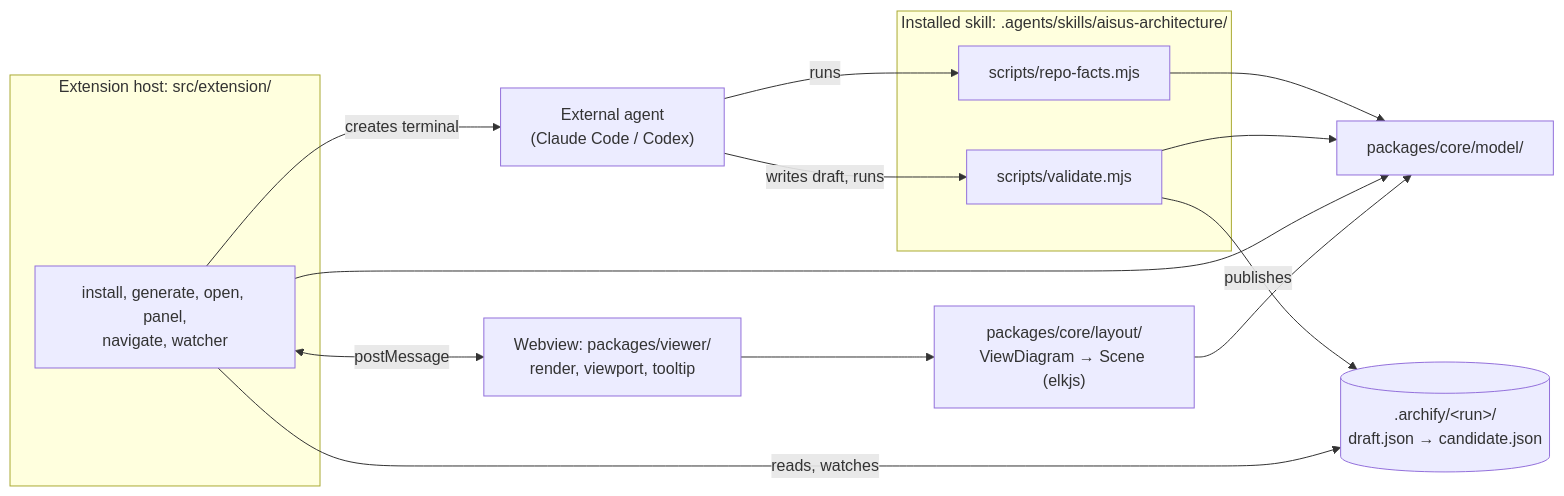
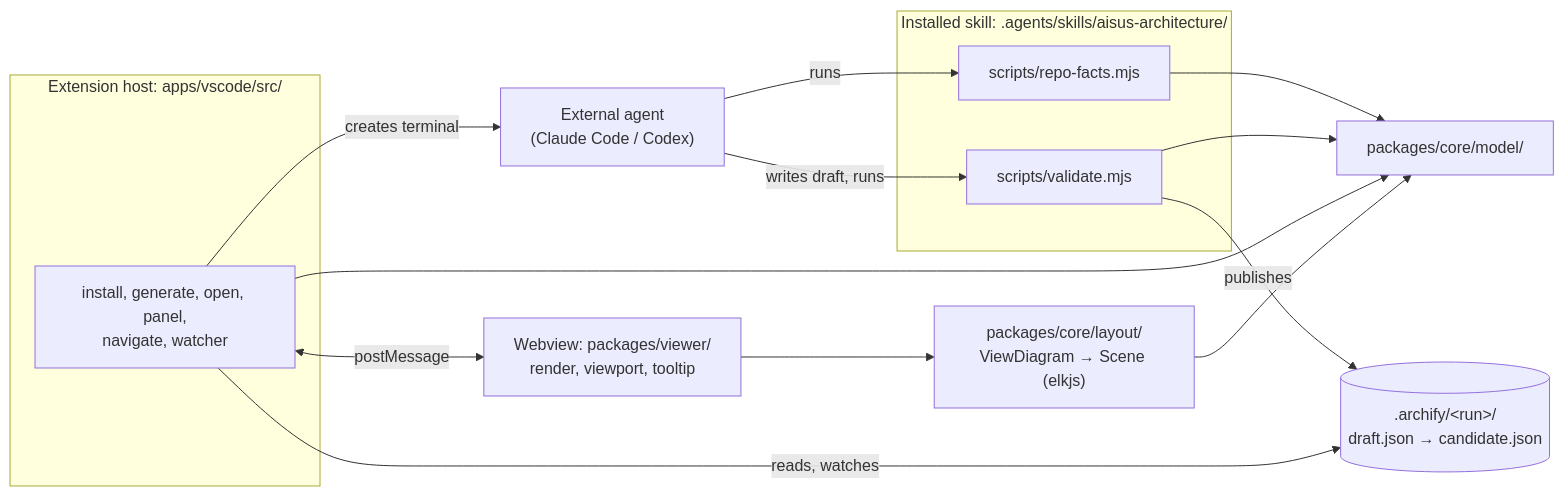
One commit to aisusdev/aisus changed the first of 4 diagrams in docs/architecture.md. Above: the diagram before and after it, drawn with Mermaid. The commit also changed other lines of this file and 110 other files, not shown here.

First line of the commit message:
layout: the VS Code extension moves to apps/vscode, and the root package.json is the workspace's

````diff
--- a/docs/architecture.md
+++ b/docs/architecture.md
@@ -9,27 +9,27 @@
 ```mermaid
 flowchart LR
   agent["External agent<br/>(Claude Code / Codex)"]
   subgraph skill["Installed skill: .agents/skills/aisus-architecture/"]
     rf["scripts/repo-facts.mjs"]
     val["scripts/validate.mjs"]
   end
-  subgraph ext["Extension host: src/extension/"]
+  subgraph ext["Extension host: apps/vscode/src/"]
     host["install, generate, open, panel,<br/>navigate, watcher"]
   end
   web["Webview: packages/viewer/<br/>render, viewport, tooltip"]
   model["packages/core/model/"]
   layout["packages/core/layout/<br/>ViewDiagram → Scene (elkjs)"]
   disk[(".archify/&lt;run&gt;/<br/>draft.json → candidate.json")]
 
   agent -- "runs" --> rf
   agent -- "writes draft, runs" --> val
   rf --> model
   val --> model
   val -- "publishes" --> disk
   host --> model
   host <-- "postMessage" --> web
   web --> layout
   layout --> model
   host -- "reads, watches" --> disk
   host -- "creates terminal" --> agent
 ```
````
